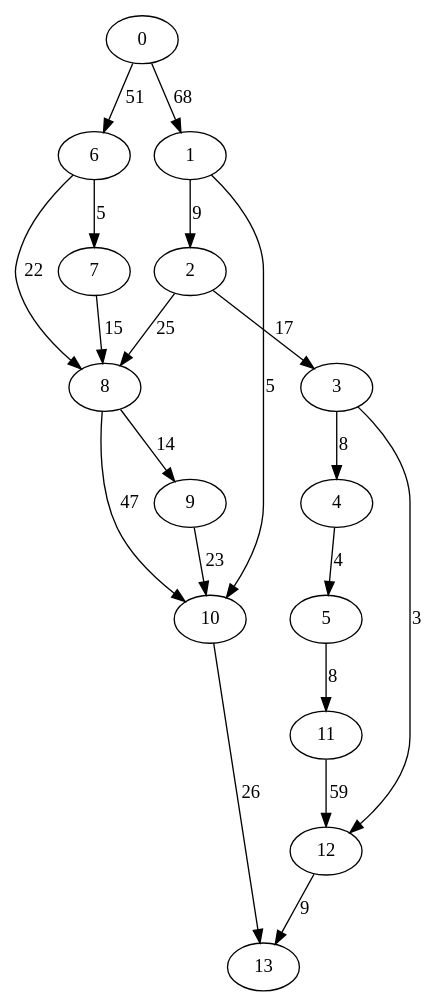
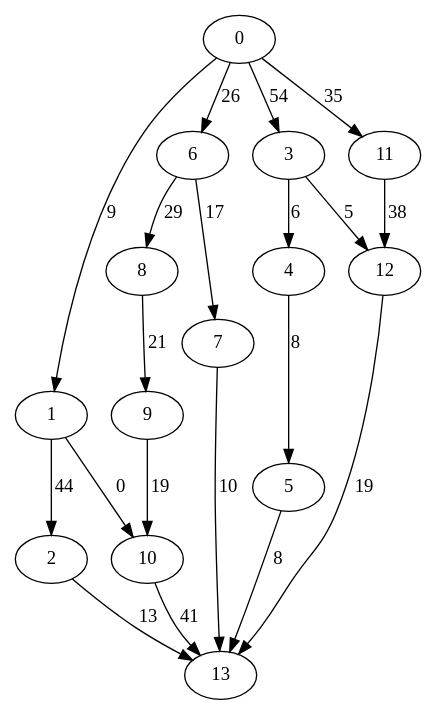
One commit to asaloniti/DagScheduling_old changed the diagram in dotfiles/data8.dot. Above: the diagram before and after it, drawn with Graphviz. The commit also changed 26 other files, not shown here.

```diff
--- a/dotfiles/data8.dot
+++ b/dotfiles/data8.dot
@@ -1,21 +1,21 @@
 digraph data8 {
-0 -> 1 [ label = 68 ];
-0 -> 6 [ label = 51 ];
-1 -> 2 [ label = 9 ];
-1 -> 10 [ label = 5 ];
-2 -> 3 [ label = 17 ];
-2 -> 8 [ label = 25 ];
-3 -> 4 [ label = 8 ];
-3 -> 12 [ label = 3 ];
-4 -> 5 [ label = 4 ];
-5 -> 11 [ label = 8 ];
-6 -> 7 [ label = 5 ];
-6 -> 8 [ label = 22 ];
-7 -> 8 [ label = 15 ];
-8 -> 9 [ label = 14 ];
-8 -> 10 [ label = 47 ];
-9 -> 10 [ label = 23 ];
-10 -> 13 [ label = 26 ];
-11 -> 12 [ label = 59 ];
-12 -> 13 [ label = 9 ];
+0 -> 1 [ label = 9 ];
+0 -> 3 [ label = 54 ];
+0 -> 6 [ label = 26 ];
+0 -> 11 [ label = 35 ];
+1 -> 2 [ label = 44 ];
+1 -> 10 [ label = 0 ];
+2 -> 13 [ label = 13 ];
+3 -> 4 [ label = 6 ];
+3 -> 12 [ label = 5 ];
+4 -> 5 [ label = 8 ];
+5 -> 13 [ label = 8 ];
+6 -> 7 [ label = 17 ];
+6 -> 8 [ label = 29 ];
+7 -> 13 [ label = 10 ];
+8 -> 9 [ label = 21 ];
+9 -> 10 [ label = 19 ];
+10 -> 13 [ label = 41 ];
+11 -> 12 [ label = 38 ];
+12 -> 13 [ label = 19 ];
  }
```
